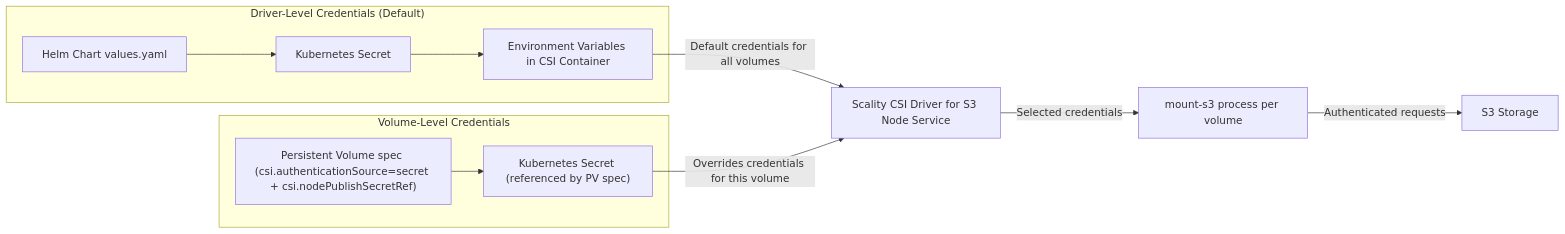
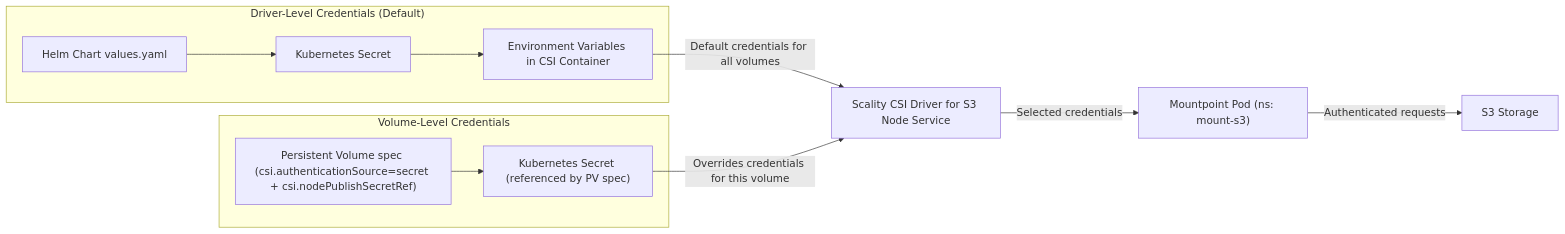
One commit to scality/mountpoint-s3-csi-driver changed the diagram in docs/architecture/ring-s3-credentials-management/static-provisioning-credentials-management.md. Above: the diagram before and after it, drawn with Mermaid. The commit also changed 4 other files, not shown here.

````diff
--- a/docs/architecture/ring-s3-credentials-management/static-provisioning-credentials-management.md
+++ b/docs/architecture/ring-s3-credentials-management/static-provisioning-credentials-management.md
@@ -7,27 +7,27 @@
 ```mermaid
 graph LR
     subgraph driver["Driver-Level Credentials (Default)"]
         HelmChart["Helm Chart values.yaml"]
         DriverSecret["Kubernetes Secret"]
         DriverEnv["Environment Variables in CSI Container"]
     end
 
     subgraph volume["Volume-Level Credentials"]
         PVSpec["Persistent Volume spec (csi.authenticationSource=secret + csi.nodePublishSecretRef)"]
         VolumeSecret["Kubernetes Secret (referenced by PV spec)"]
     end
 
     CSI["Scality CSI Driver for S3 Node Service"]
-    MP["mount-s3 process per volume"]
+    MP["Mountpoint Pod (ns: mount-s3)"]
     S3["S3 Storage"]
 
     HelmChart --> DriverSecret
     DriverSecret --> DriverEnv
     DriverEnv -->|"Default credentials for all volumes"| CSI
 
     PVSpec --> VolumeSecret
     VolumeSecret -->|"Overrides credentials for this volume"| CSI
 
     CSI -->|"Selected credentials"| MP
     MP -->|"Authenticated requests"| S3
 ```
````
